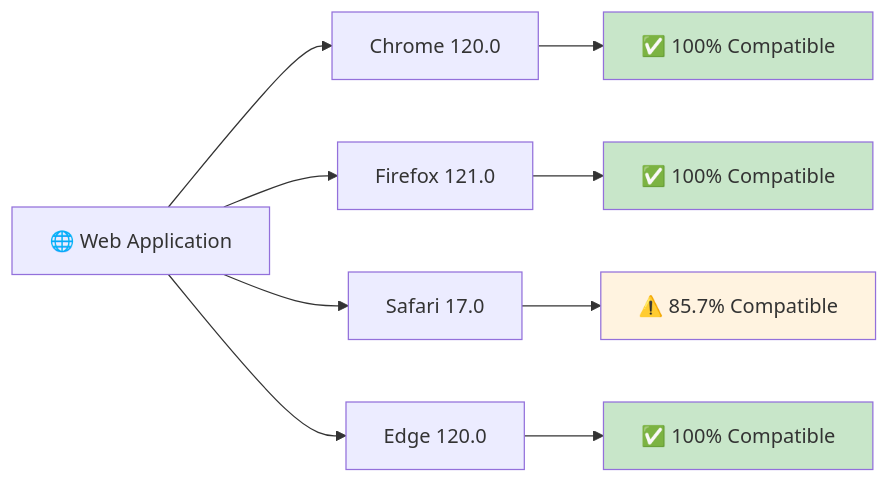
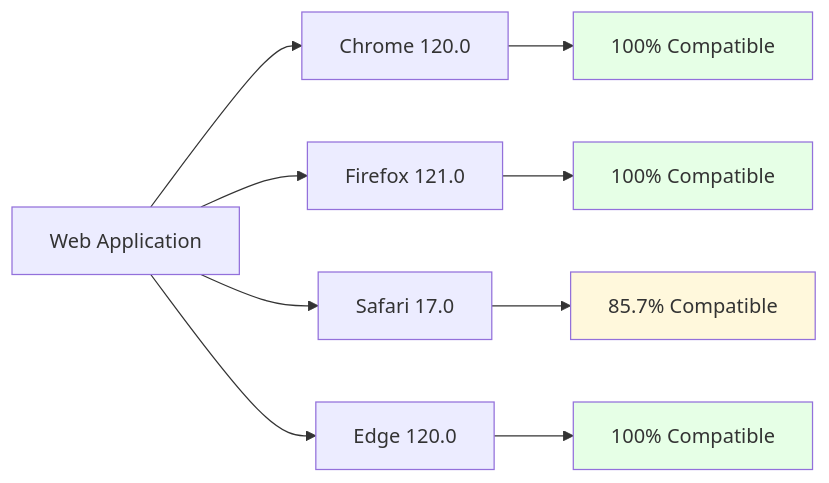
One commit to Tasmimdristy7/qa-lifecycle-suite changed the fifth of 7 diagrams in docs/qa-lifecycle-diagram.md. Above: the diagram before and after it, drawn with Mermaid. The commit also changed other lines of this file and 3 other files, not shown here.

````diff
--- a/docs/qa-lifecycle-diagram.md
+++ b/docs/qa-lifecycle-diagram.md
@@ -102,17 +102,17 @@
 ```mermaid
 graph LR
-    A[🌐 Web Application] --> B[Chrome 120.0]
+    A[Web Application] --> B[Chrome 120.0]
     A --> C[Firefox 121.0]
     A --> D[Safari 17.0]
     A --> E[Edge 120.0]
     
-    B --> B1[✅ 100% Compatible]
-    C --> C1[✅ 100% Compatible]
-    D --> D1[⚠️ 85.7% Compatible]
-    E --> E1[✅ 100% Compatible]
+    B --> B1[100% Compatible]
+    C --> C1[100% Compatible]
+    D --> D1[85.7% Compatible]
+    E --> E1[100% Compatible]
     
-    style B1 fill:#c8e6c9
-    style C1 fill:#c8e6c9
-    style D1 fill:#fff3e0
-    style E1 fill:#c8e6c9
+    style B1 fill:#e6ffe6
+    style C1 fill:#e6ffe6
+    style D1 fill:#fff8dc
+    style E1 fill:#e6ffe6
 ```
````
